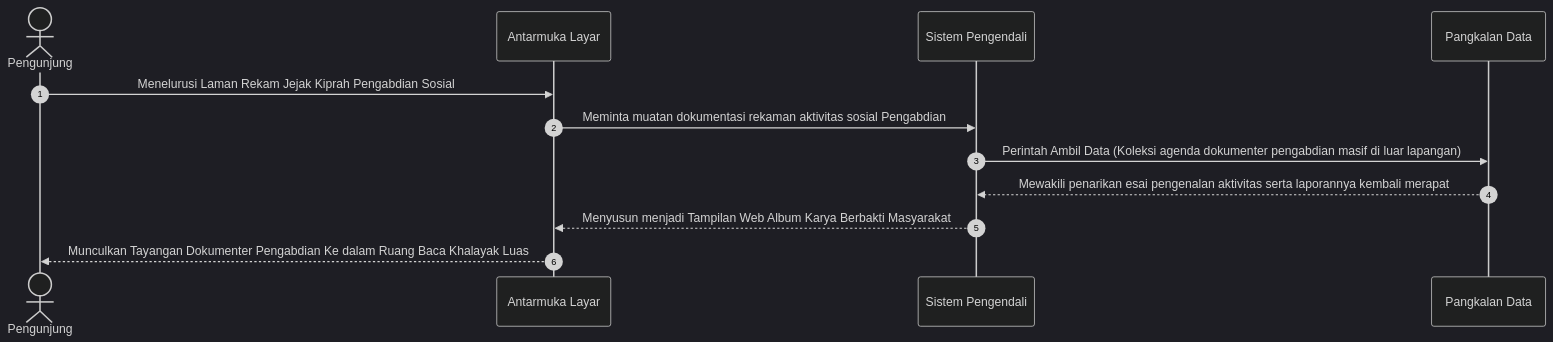
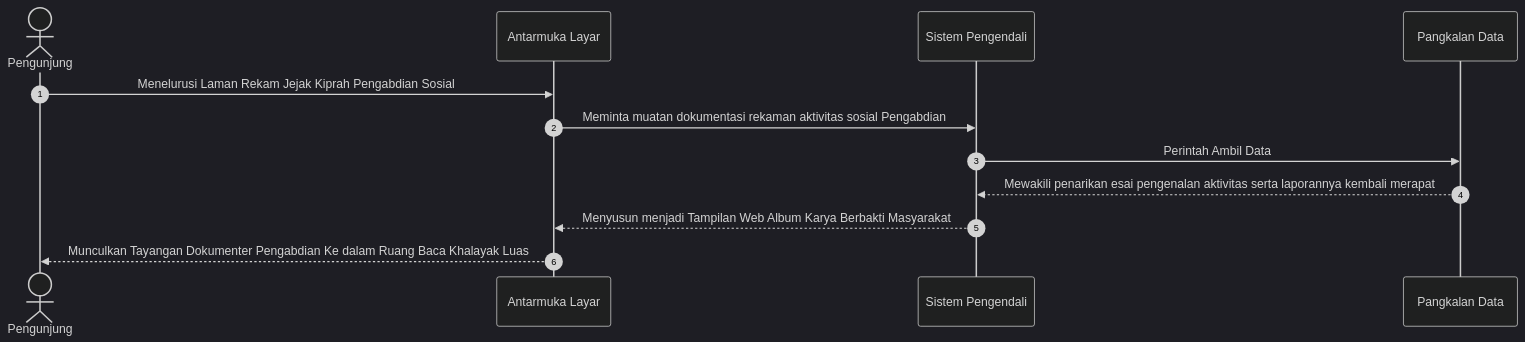
Before and after one commit to arbain-dev/Web_fikom: diagram 18 of 39 in docs/02_DIAGRAM_URUTAN_SEQUENCE.md, drawn with Mermaid (dark theme). The commit also changed other lines of this file, not shown here.

````diff
--- a/docs/02_DIAGRAM_URUTAN_SEQUENCE.md
+++ b/docs/02_DIAGRAM_URUTAN_SEQUENCE.md
@@ -428,17 +428,17 @@
 ```mermaid
 sequenceDiagram
     autonumber
     actor User as Pengunjung
     participant Frontend as Antarmuka Layar
     participant Backend as Sistem Pengendali
     participant Database as Pangkalan Data
 
     User->>Frontend: Menelurusi Laman Rekam Jejak Kiprah Pengabdian Sosial
     Frontend->>Backend: Meminta muatan dokumentasi rekaman aktivitas sosial Pengabdian
     
-    Backend->>Database: Perintah Ambil Data (Koleksi agenda dokumenter pengabdian masif di luar lapangan)
+    Backend->>Database: Perintah Ambil Data
     Database-->>Backend: Mewakili penarikan esai pengenalan aktivitas serta laporannya kembali merapat 
     
     Backend-->>Frontend: Menyusun menjadi Tampilan Web Album Karya Berbakti Masyarakat
     Frontend-->>User: Munculkan Tayangan Dokumenter Pengabdian Ke dalam Ruang Baca Khalayak Luas
 ```
````
